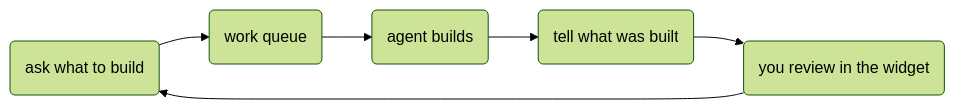
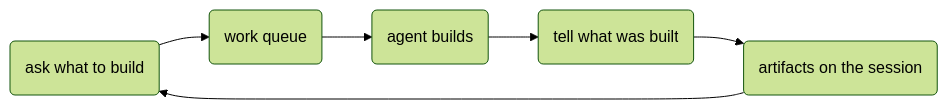
The diagram in docs/work/index.md (buildautomaton/buildautomaton), drawn with Mermaid (forest theme) before and after one commit. The commit also changed other lines of this file and 84 other files, not shown here.

````diff
--- a/docs/work/index.md
+++ b/docs/work/index.md
@@ -14,13 +14,13 @@
 ```mermaid
 flowchart LR
   ask("ask what to build")
   queue("work queue")
   agent("agent builds")
   tell("tell what was built")
-  review("you review in the widget")
+  review("artifacts on the session")
   ask --> queue
   queue --> agent
   agent --> tell
   tell --> review
   review --> ask
 ```
````
